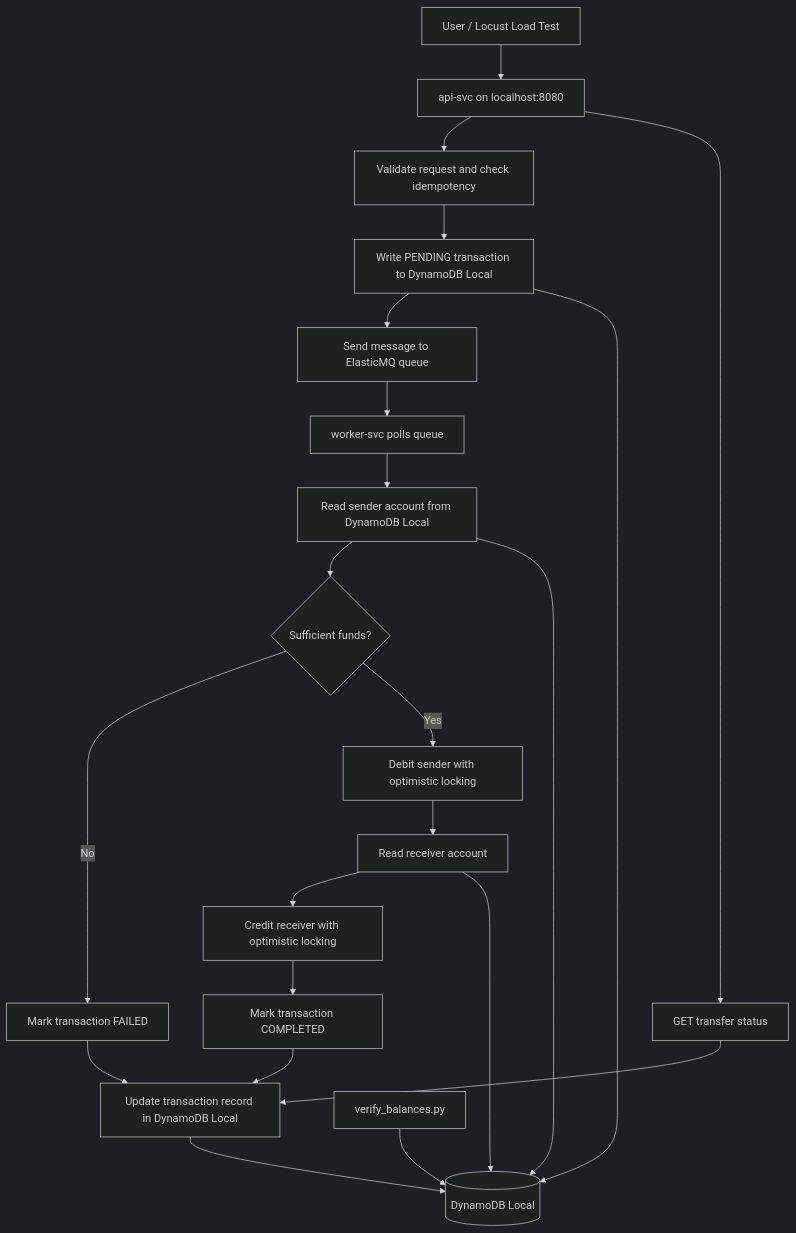
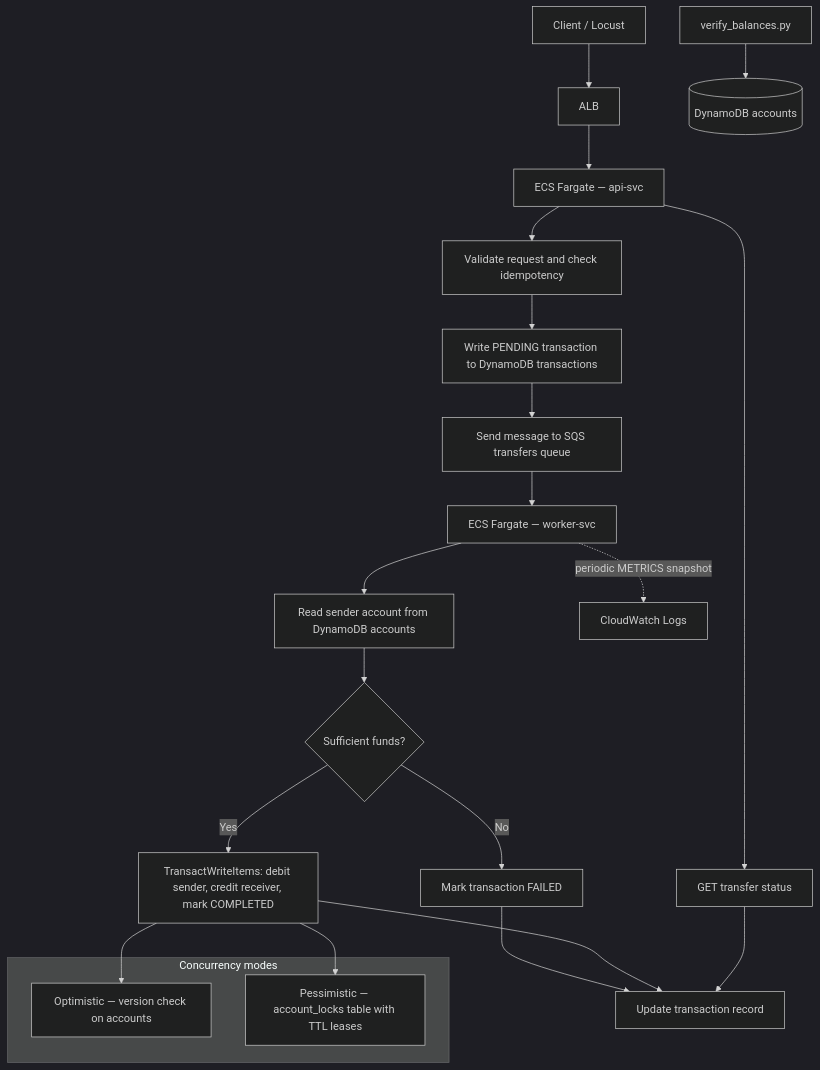
Before and after one commit to beelapranay/CS6650-BSDS: the diagram in project/transaction-processor/arch.md, drawn with Mermaid (dark theme). The commit also changed 133 other files, not shown here.

````diff
--- a/project/transaction-processor/arch.md
+++ b/project/transaction-processor/arch.md
@@ -1,30 +1,32 @@
 ```mermaid
 flowchart TD
-    U[User / Locust Load Test] --> API[api-svc on localhost:8080]
+    U[Client / Locust] --> ALB[ALB]
+    ALB --> API[ECS Fargate — api-svc]
     API --> CHECK[Validate request and check idempotency]
-    CHECK --> TX1[Write PENDING transaction to DynamoDB Local]
-    TX1 --> Q[Send message to ElasticMQ queue]
+    CHECK --> TX1[Write PENDING transaction to DynamoDB transactions]
+    TX1 --> Q[Send message to SQS transfers queue]
 
-    Q --> W[worker-svc polls queue]
-    W --> ACC1[Read sender account from DynamoDB Local]
+    Q --> W[ECS Fargate — worker-svc]
+    W --> ACC1[Read sender account from DynamoDB accounts]
     ACC1 --> FUNDS{Sufficient funds?}
 
     FUNDS -->|No| FAIL[Mark transaction FAILED]
-    FUNDS -->|Yes| DEBIT[Debit sender with optimistic locking]
-    DEBIT --> ACC2[Read receiver account]
-    ACC2 --> CREDIT[Credit receiver with optimistic locking]
-    CREDIT --> DONE[Mark transaction COMPLETED]
+    FUNDS -->|Yes| COMMIT[TransactWriteItems: debit sender, credit receiver, mark COMPLETED]
 
-    FAIL --> TX2[Update transaction record in DynamoDB Local]
-    DONE --> TX2
+    FAIL --> TX2[Update transaction record]
+    COMMIT --> TX2
 
     API --> STATUS[GET transfer status]
     STATUS --> TX2
 
-    V[verify_balances.py] --> DB[(DynamoDB Local)]
-    TX1 --> DB
-    TX2 --> DB
-    ACC1 --> DB
-    ACC2 --> DB
+    subgraph Concurrency modes
+      OPT[Optimistic — version check on accounts]
+      PESS[Pessimistic — account_locks table with TTL leases]
+    end
 
+    COMMIT --> OPT
+    COMMIT --> PESS
+
+    W -.periodic METRICS snapshot.-> CW[CloudWatch Logs]
+    V[verify_balances.py] --> DB[(DynamoDB accounts)]
 ```
````
